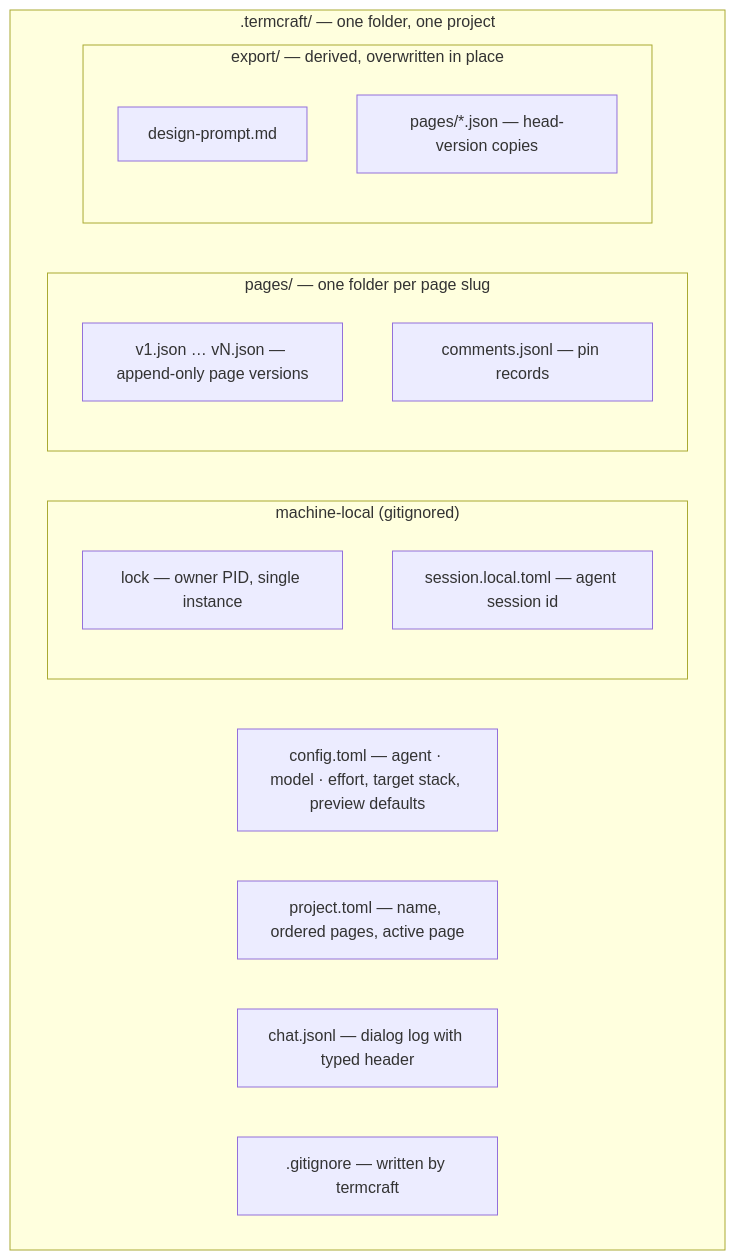
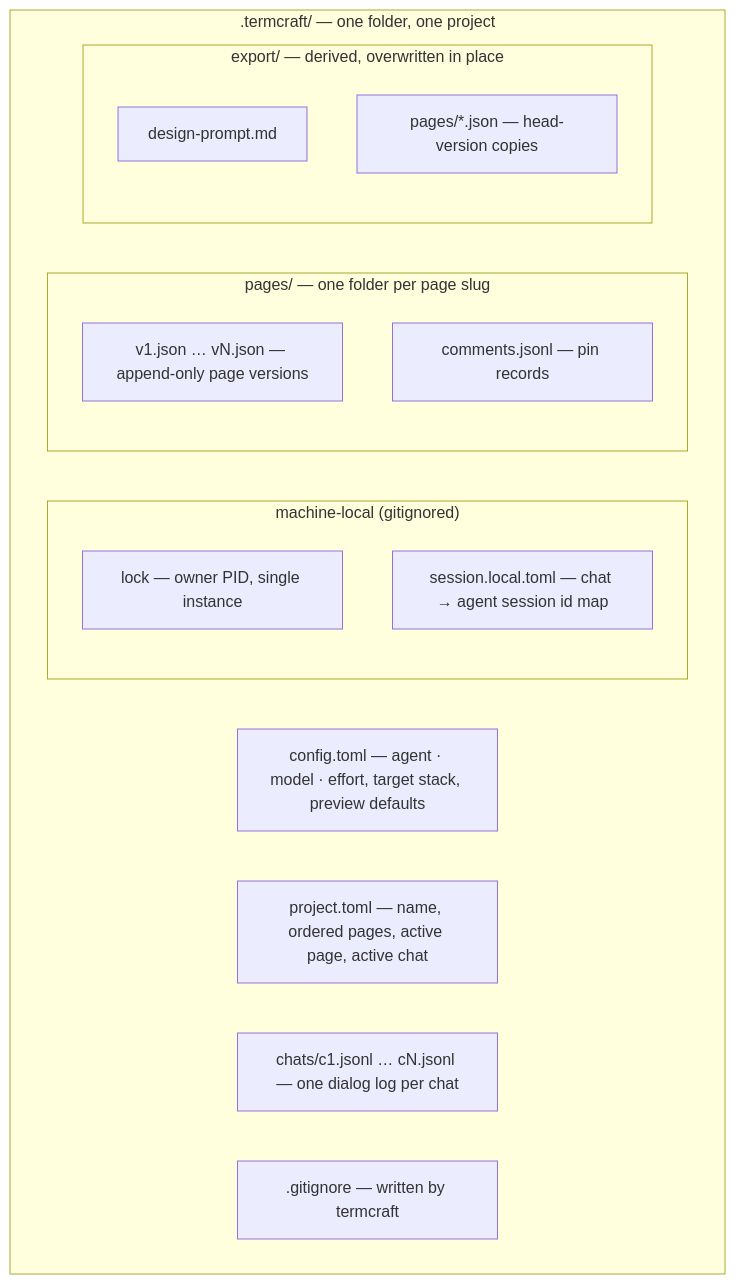
The diagram in docs/architecture/storage.md (khmilevoi/termcraft), drawn with Mermaid before and after one commit. The commit also changed other lines of this file and 5 other files, not shown here.

First line of the commit message:
docs(spec): multiple chats per project - new section 3.9, storage and session updates

````diff
--- a/docs/architecture/storage.md
+++ b/docs/architecture/storage.md
@@ -3,21 +3,21 @@
 ```mermaid
 flowchart TB
     subgraph tc[".termcraft/ — one folder, one project"]
         cfg["config.toml — agent · model · effort, target stack, preview defaults"]
-        proj["project.toml — name, ordered pages, active page"]
-        chat["chat.jsonl — dialog log with typed header"]
+        proj["project.toml — name, ordered pages, active page, active chat"]
+        chats["chats/c1.jsonl … cN.jsonl — one dialog log per chat"]
         gi[".gitignore — written by termcraft"]
         subgraph localonly["machine-local (gitignored)"]
             lock["lock — owner PID, single instance"]
-            sess["session.local.toml — agent session id"]
+            sess["session.local.toml — chat → agent session id map"]
         end
         subgraph pg["pages/ — one folder per page slug"]
             vers["v1.json … vN.json — append-only page versions"]
             comm["comments.jsonl — pin records"]
         end
         subgraph ex["export/ — derived, overwritten in place"]
             dp["design-prompt.md"]
             pjson["pages/*.json — head-version copies"]
         end
     end
 ```
````
